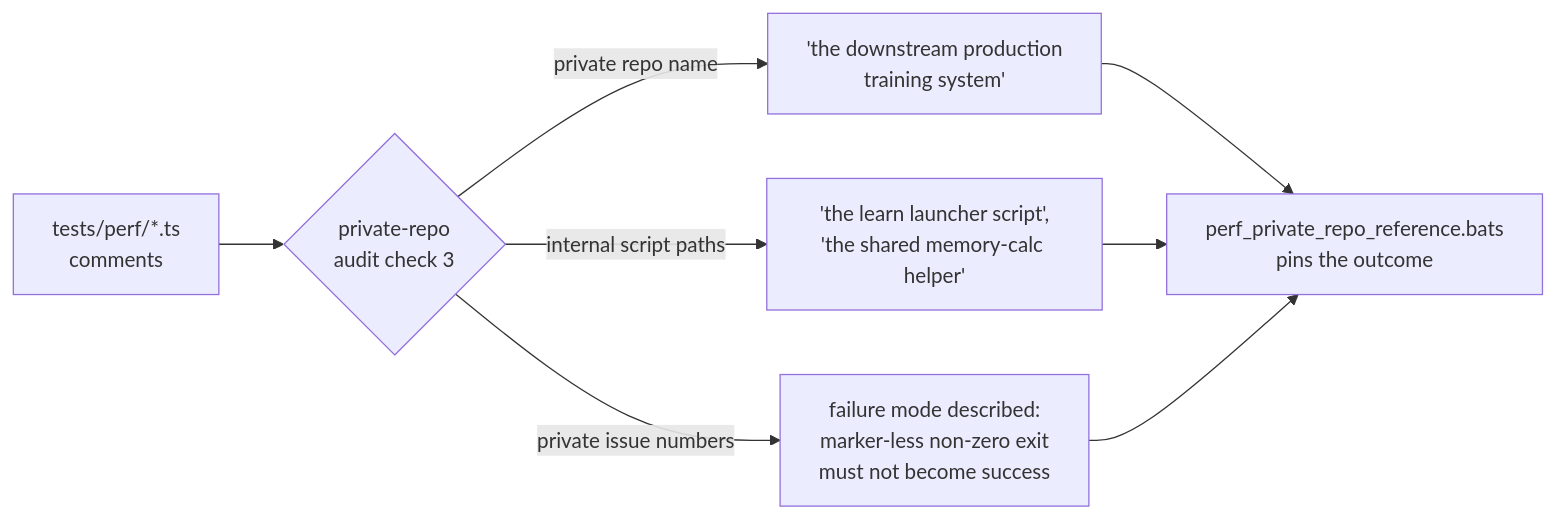
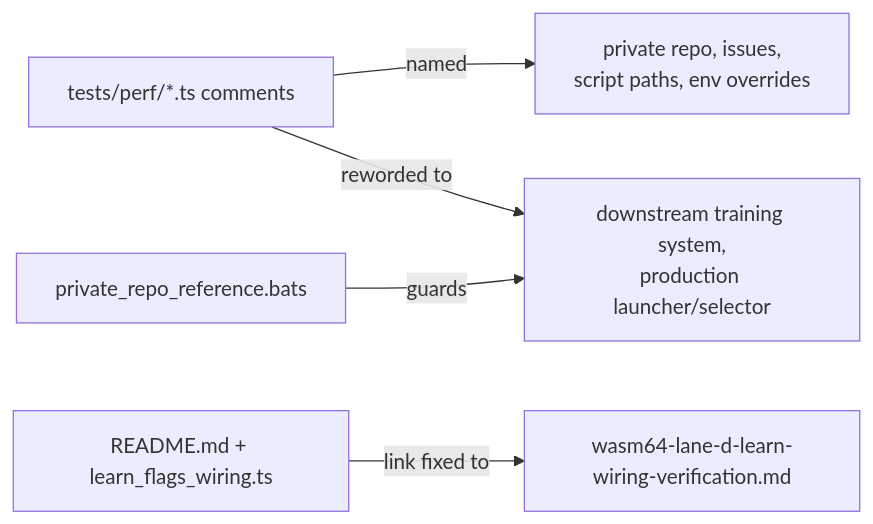
One commit to stSoftwareAU/NEAT-AI-core changed the diagram in docs/archive/pr-summaries/pr-summary-375.md. Above: the diagram before and after it, drawn with Mermaid. The commit also changed other lines of this file, not shown here.

First line of the commit message:
Add PR summary for Issue #375

````diff
--- a/docs/archive/pr-summaries/pr-summary-375.md
+++ b/docs/archive/pr-summaries/pr-summary-375.md
@@ -83,10 +62,7 @@
 ```mermaid
 flowchart LR
-    A["tests/perf/*.ts<br/>comments"] --> B{"private-repo<br/>audit check 3"}
-    B -- "private repo name" --> C["'the downstream production<br/>training system'"]
-    B -- "internal script paths" --> D["'the learn launcher script',<br/>'the shared memory-calc helper'"]
-    B -- "private issue numbers" --> E["failure mode described:<br/>marker-less non-zero exit<br/>must not become success"]
-    C --> F["perf_private_repo_reference.bats<br/>pins the outcome"]
-    D --> F
-    E --> F
+    A["tests/perf/*.ts comments"] -->|named| B["private repo, issues,<br/>script paths, env overrides"]
+    A -->|reworded to| C["downstream training system,<br/>production launcher/selector"]
+    D["private_repo_reference.bats"] -->|guards| C
+    E["README.md + learn_flags_wiring.ts"] -->|link fixed to| F["wasm64-lane-d-learn-wiring-verification.md"]
 ```
````
